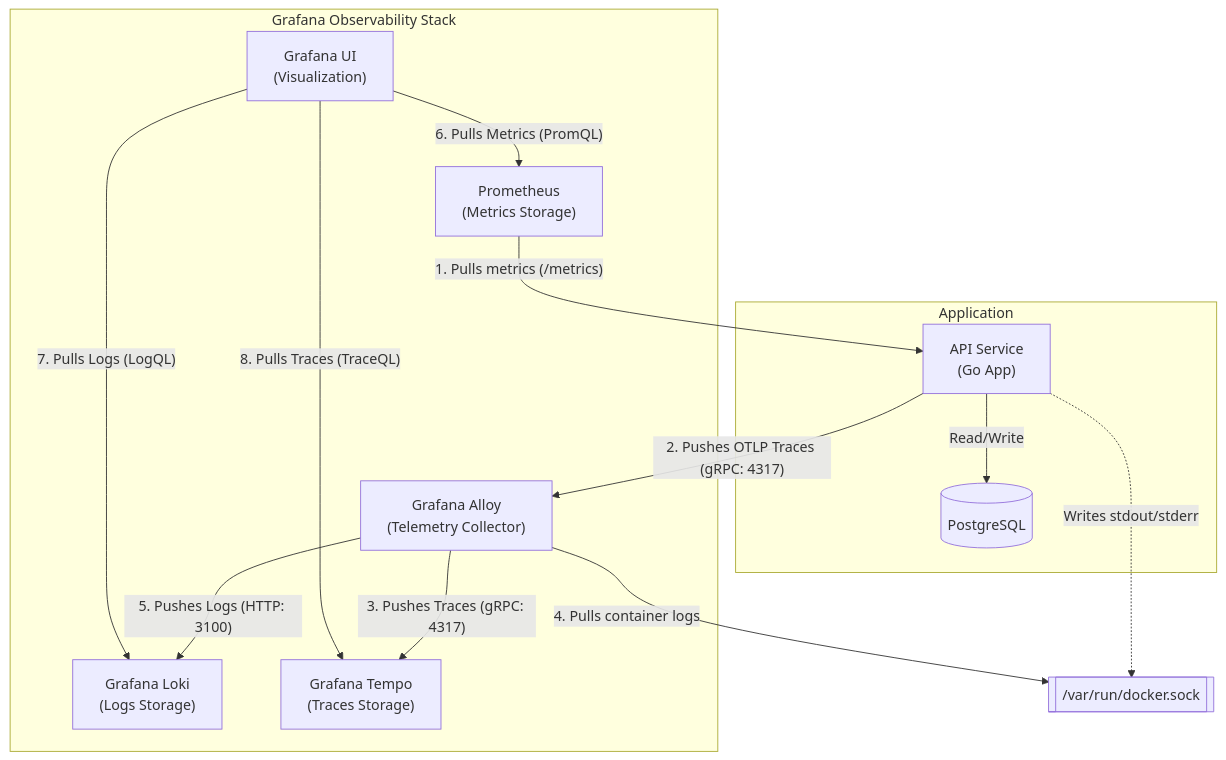
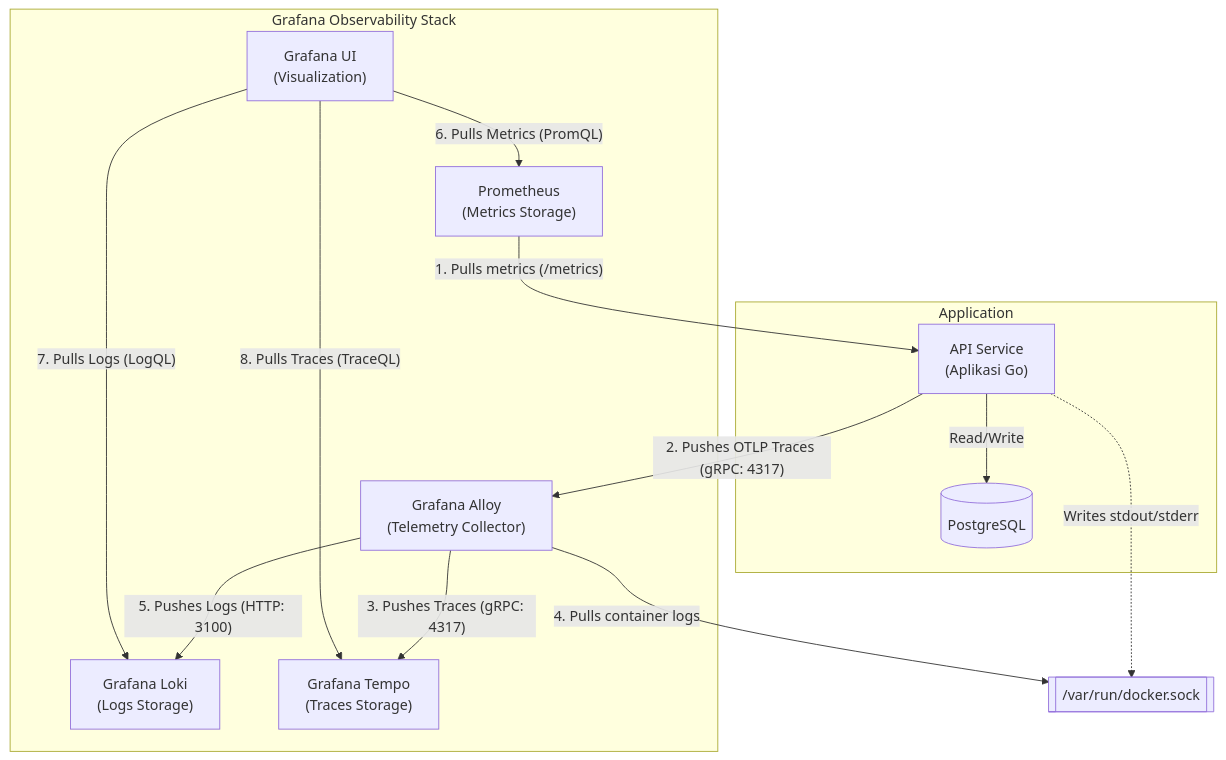
One commit to semmidev/restful-template changed the diagram in README.md. Above: the diagram before and after it, drawn with Mermaid. The commit also changed other lines of this file and 48 other files, not shown here.

Commit message:
feat(architecture): migrate to modular monolith and implement inter-module transactions

````diff
--- a/README.md
+++ b/README.md
@@ -89,34 +108,34 @@
 ```mermaid
 flowchart TD
     subgraph Application
-        API["API Service<br/>(Go App)"]
+        API["API Service<br/>(Aplikasi Go)"]
         DB[(PostgreSQL)]
         API -- "Read/Write" --> DB
     end
 
     subgraph Grafana Observability Stack
         Alloy["Grafana Alloy<br/>(Telemetry Collector)"]
         Prometheus["Prometheus<br/>(Metrics Storage)"]
         Loki["Grafana Loki<br/>(Logs Storage)"]
         Tempo["Grafana Tempo<br/>(Traces Storage)"]
         Grafana["Grafana UI<br/>(Visualization)"]
     end
 
     %% Metrics Flow
     Prometheus -- "1. Pulls metrics (/metrics)" --> API
-    
+
     %% Traces Flow
     API -- "2. Pushes OTLP Traces (gRPC: 4317)" --> Alloy
     Alloy -- "3. Pushes Traces (gRPC: 4317)" --> Tempo
-    
+
     %% Logs Flow
     DockerSocket[["/var/run/docker.sock"]]
     API -. "Writes stdout/stderr" .-> DockerSocket
     Alloy -- "4. Pulls container logs" --> DockerSocket
     Alloy -- "5. Pushes Logs (HTTP: 3100)" --> Loki
 
     %% Grafana UI Flow
     Grafana -- "6. Pulls Metrics (PromQL)" --> Prometheus
     Grafana -- "7. Pulls Logs (LogQL)" --> Loki
     Grafana -- "8. Pulls Traces (TraceQL)" --> Tempo
 ```
````
